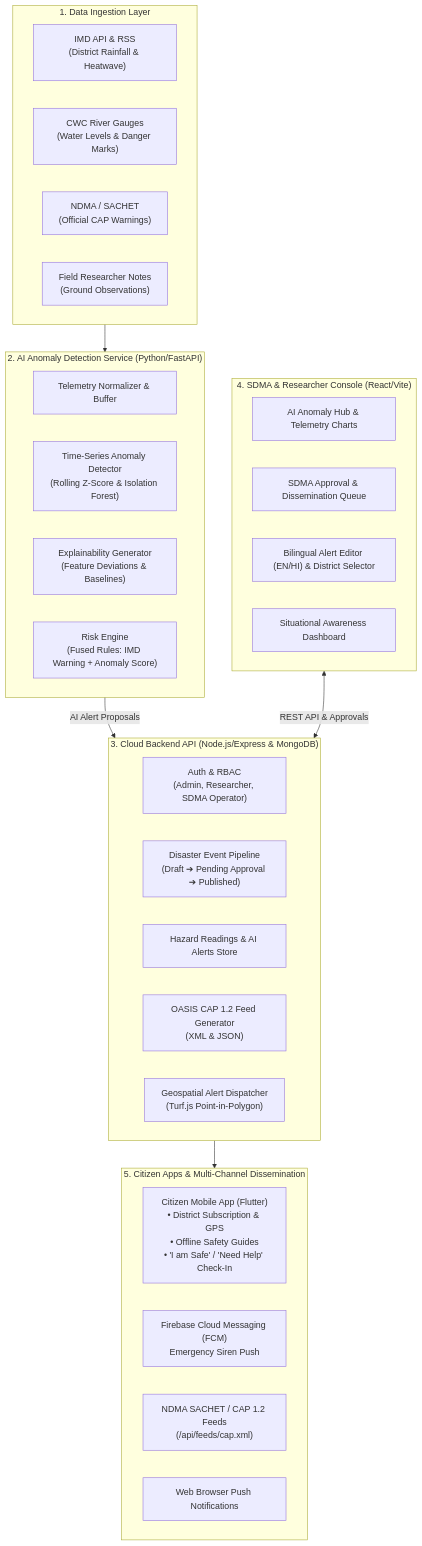
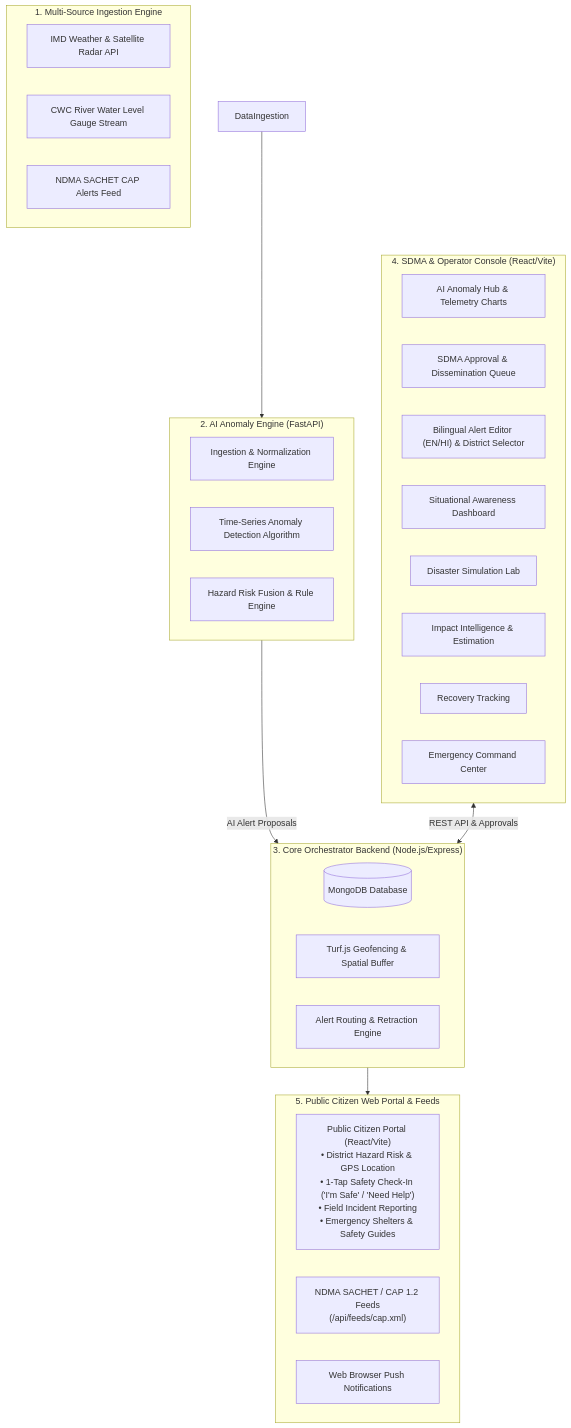
The diagram in README.md (Aamirhamza01/Disaster-Management), drawn with Mermaid before and after one commit. The commit also changed other lines of this file and 117 other files, not shown here.

````diff
--- a/README.md
+++ b/README.md
@@ -11,43 +9,42 @@
 ```mermaid
-flowchart TB
-    subgraph DataIngestion ["1. Data Ingestion Layer"]
-        IMD["IMD API & RSS<br/>(District Rainfall & Heatwave)"]
-        CWC["CWC River Gauges<br/>(Water Levels & Danger Marks)"]
-        SACHET["NDMA / SACHET<br/>(Official CAP Warnings)"]
-        Researchers["Field Researcher Notes<br/>(Ground Observations)"]
+graph TD
+    subgraph Ingestion ["1. Multi-Source Ingestion Engine"]
+        IMD["IMD Weather & Satellite Radar API"]
+        CWC["CWC River Water Level Gauge Stream"]
+        SACHET["NDMA SACHET CAP Alerts Feed"]
     end
 
-    subgraph AIService ["2. AI Anomaly Detection Service (Python/FastAPI)"]
-        IngestEngine["Telemetry Normalizer & Buffer"]
-        AnomalyDetector["Time-Series Anomaly Detector<br/>(Rolling Z-Score & Isolation Forest)"]
-        ExplainEngine["Explainability Generator<br/>(Feature Deviations & Baselines)"]
-        RiskFusion["Risk Engine<br/>(Fused Rules: IMD Warning + Anomaly Score)"]
+    subgraph AIService ["2. AI Anomaly Engine (FastAPI)"]
+        IngestEngine["Ingestion & Normalization Engine"]
+        AnomalyDetector["Time-Series Anomaly Detection Algorithm"]
+        RiskFusion["Hazard Risk Fusion & Rule Engine"]
     end
 
-    subgraph BackendCore ["3. Cloud Backend API (Node.js/Express & MongoDB)"]
-        AuthRBAC["Auth & RBAC<br/>(Admin, Researcher, SDMA Operator)"]
-        EventPipeline["Disaster Event Pipeline<br/>(Draft ➔ Pending Approval ➔ Published)"]
-        HazardDB["Hazard Readings & AI Alerts Store"]
-        CAPFeedGen["OASIS CAP 1.2 Feed Generator<br/>(XML & JSON)"]
-        AlertDispatcher["Geospatial Alert Dispatcher<br/>(Turf.js Point-in-Polygon)"]
+    subgraph BackendCore ["3. Core Orchestrator Backend (Node.js/Express)"]
+        MongoDB[("MongoDB Database")]
+        GeoEngine["Turf.js Geofencing & Spatial Buffer"]
+        AlertRouter["Alert Routing & Retraction Engine"]
     end
 
-    subgraph PresentationWeb ["4. SDMA & Researcher Console (React/Vite)"]
+    subgraph PresentationWeb ["4. SDMA & Operator Console (React/Vite)"]
         AIHub["AI Anomaly Hub & Telemetry Charts"]
         ApprovalQueue["SDMA Approval & Dissemination Queue"]
         EventEditor["Bilingual Alert Editor (EN/HI) & District Selector"]
         CitizenDashboard["Situational Awareness Dashboard"]
+        SimulationLab["Disaster Simulation Lab"]
+        ImpactIntel["Impact Intelligence & Estimation"]
+        RecoveryTrack["Recovery Tracking"]
+        CommandCenter["Emergency Command Center"]
     end
 
-    subgraph CitizenDelivery ["5. Citizen Apps & Multi-Channel Dissemination"]
-        FlutterApp["Citizen Mobile App (Flutter)<br/>• District Subscription & GPS<br/>• Offline Safety Guides<br/>• 'I am Safe' / 'Need Help' Check-In"]
-        FCM["Firebase Cloud Messaging (FCM)<br/>Emergency Siren Push"]
+    subgraph CitizenDelivery ["5. Public Citizen Web Portal & Feeds"]
+        CitizenWeb["Public Citizen Portal (React/Vite)<br/>• District Hazard Risk & GPS Location<br/>• 1-Tap Safety Check-In ('I'm Safe' / 'Need Help')<br/>• Field Incident Reporting<br/>• Emergency Shelters & Safety Guides"]
         CAPEndpoints["NDMA SACHET / CAP 1.2 Feeds<br/>(/api/feeds/cap.xml)"]
         BrowserAlerts["Web Browser Push Notifications"]
     end
 
     DataIngestion --> AIService
     AIService -->|AI Alert Proposals| BackendCore
     PresentationWeb <-->|REST API & Approvals| BackendCore
     BackendCore --> CitizenDelivery
 ```
````
